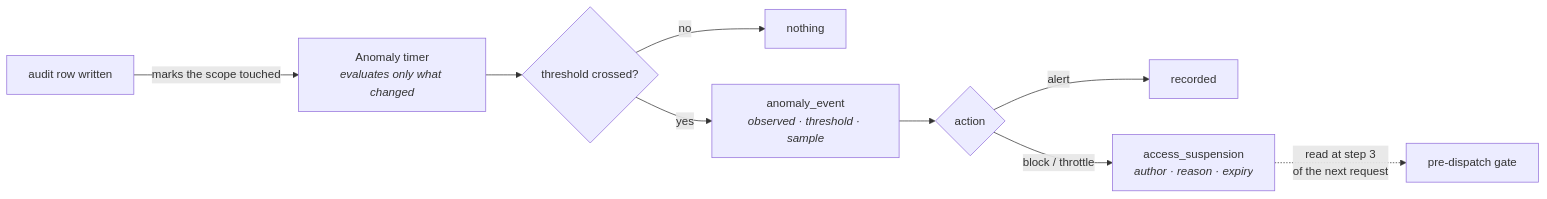
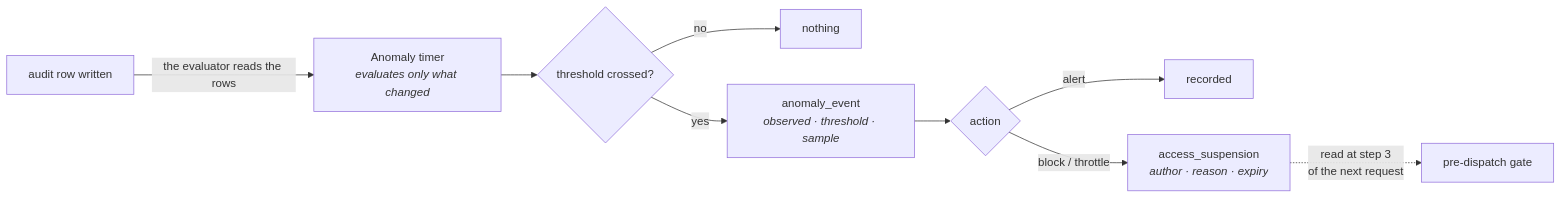
The sixth of 6 diagrams in docs/REQUEST-LIFECYCLE.md (InigoImago/AIRA-Gateway), drawn with Mermaid before and after one commit. The commit also changed other lines of this file and 10 other files, not shown here.

````diff
--- a/docs/REQUEST-LIFECYCLE.md
+++ b/docs/REQUEST-LIFECYCLE.md
@@ -304,11 +317,11 @@
 ```mermaid
 graph LR
-    row["audit row written"] -->|"marks the scope touched"| tick["Anomaly timer<br/><i>evaluates only what changed</i>"]
+    row["audit row written"] -->|"the evaluator reads the rows"| tick["Anomaly timer<br/><i>evaluates only what changed</i>"]
     tick --> find{"threshold crossed?"}
     find -->|"no"| nothing["nothing"]
     find -->|"yes"| ev["anomaly_event<br/><i>observed · threshold · sample</i>"]
     ev --> act{"action"}
     act -->|"alert"| done["recorded"]
     act -->|"block / throttle"| dec["access_suspension<br/><i>author · reason · expiry</i>"]
     dec -.->|"read at step 3<br/>of the next request"| gate["pre-dispatch gate"]
 ```
````
